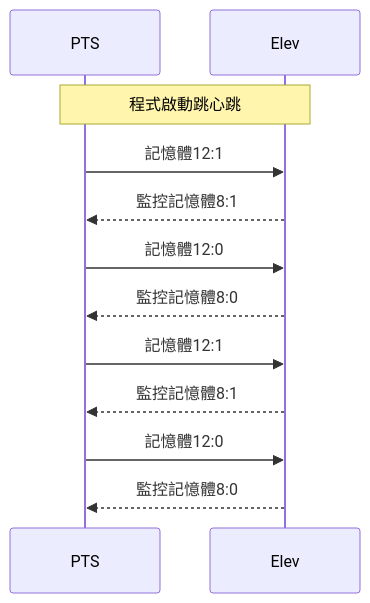
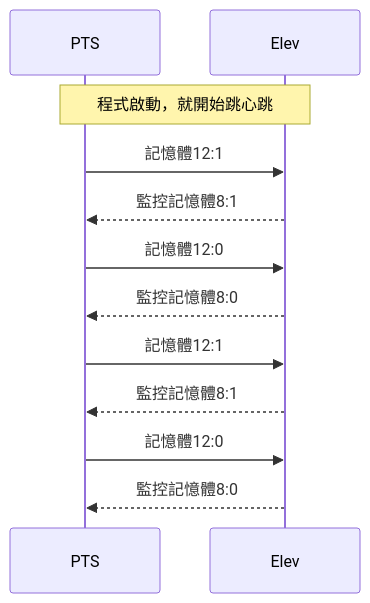
The first of 2 diagrams in README.md (athena-tircgo/amr-elev-Zhunan), drawn with Mermaid before and after one commit.

````diff
--- a/README.md
+++ b/README.md
@@ -4,19 +4,19 @@
 ```mermaid
 sequenceDiagram
 
     participant PTS
     participant Elev
 
-    note over PTS,Elev: 程式啟動跳心跳
+    note over PTS,Elev: 程式啟動，就開始跳心跳
         PTS->>Elev: 記憶體12:1
         Elev-->>PTS: 監控記憶體8:1
         PTS->>Elev: 記憶體12:0
         Elev-->>PTS: 監控記憶體8:0
         PTS->>Elev: 記憶體12:1
         Elev-->>PTS: 監控記憶體8:1
         PTS->>Elev: 記憶體12:0
         Elev-->>PTS: 監控記憶體8:0
 
    
 
 ```
````
